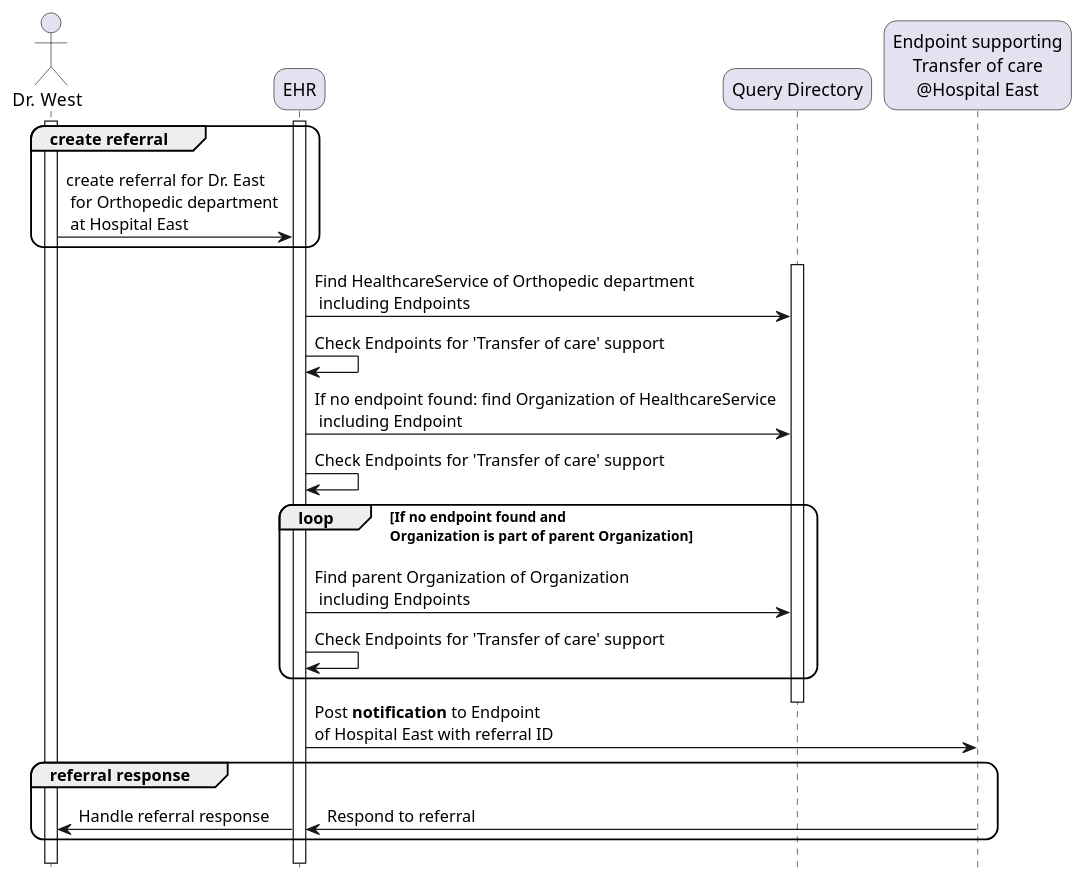
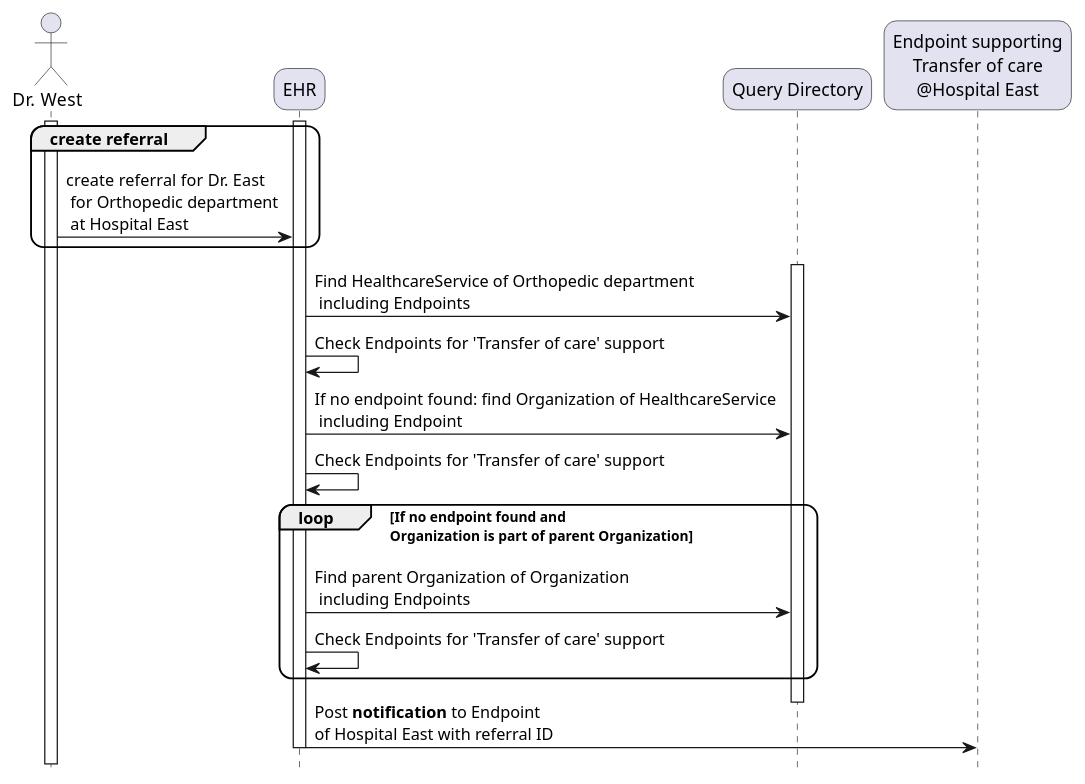
The diagram in input/images-source/care-services-use-case-2.plantuml (nuts-foundation/nl-generic-functions-ig), drawn with PlantUML before and after one commit. The commit also changed 1 other file, not shown here.

```diff
--- a/input/images-source/care-services-use-case-2.plantuml
+++ b/input/images-source/care-services-use-case-2.plantuml
@@ -1,38 +1,34 @@
 @startuml care-services-use-case-2
 
 skinparam roundcorner 20
 skinparam defaultFontName Arial 
 hide footbox
 
 !pragma teoz true
 
 actor  Doctor as "Dr. West"
 participant  EHR as "EHR"
 participant  CSD as "Query Directory"
 participant  EHR2 as "Endpoint supporting\nTransfer of care\n@Hospital East"
 
 
 activate Doctor
 activate EHR
 group create referral 
  Doctor -> EHR: create referral for Dr. East\n for Orthopedic department\n at Hospital East
 end
 activate CSD
 EHR -> CSD: Find HealthcareService of Orthopedic department\n including Endpoints
 EHR -> EHR: Check Endpoints for 'Transfer of care' support
 EHR -> CSD: If no endpoint found: find Organization of HealthcareService\n including Endpoint
 EHR -> EHR: Check Endpoints for 'Transfer of care' support
 loop If no endpoint found and\nOrganization is part of parent Organization
     EHR -> CSD: Find parent Organization of Organization\n including Endpoints
     EHR -> EHR: Check Endpoints for 'Transfer of care' support
 end
 deactivate CSD
 EHR -> EHR2: Post **notification** to Endpoint\nof Hospital East with referral ID
-group referral response
- EHR2 -> EHR: Respond to referral
- & EHR -> Doctor: Handle referral response
-end
 
 deactivate Doctor
 deactivate EHR
 @enduml
```
